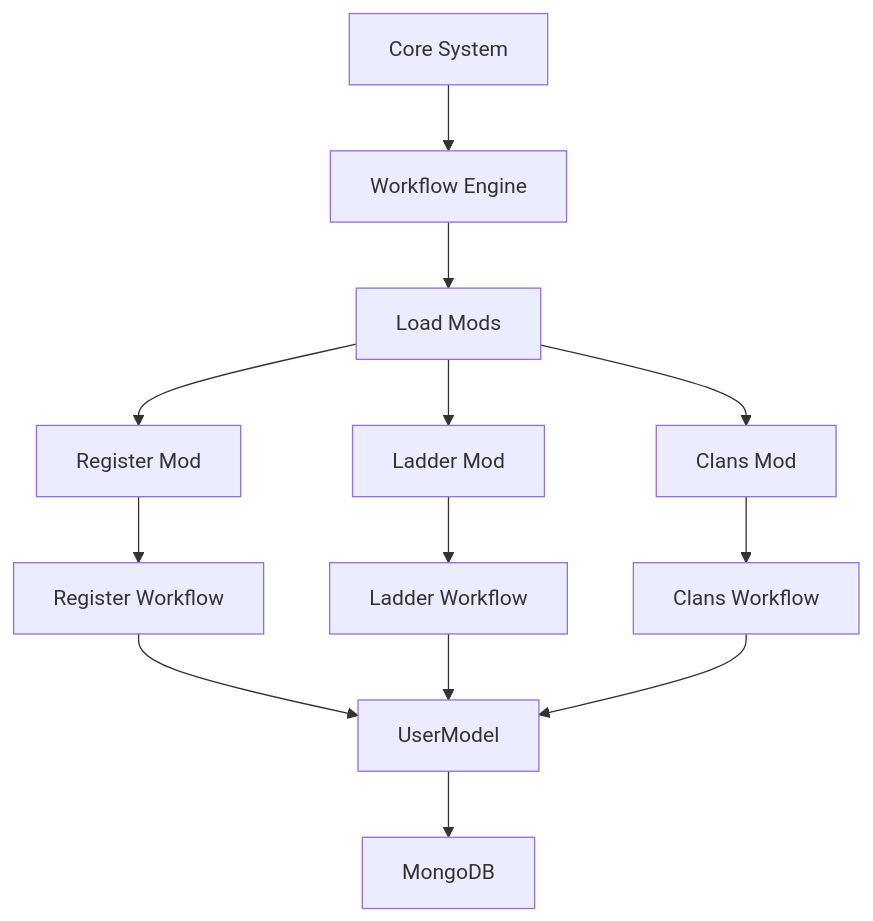
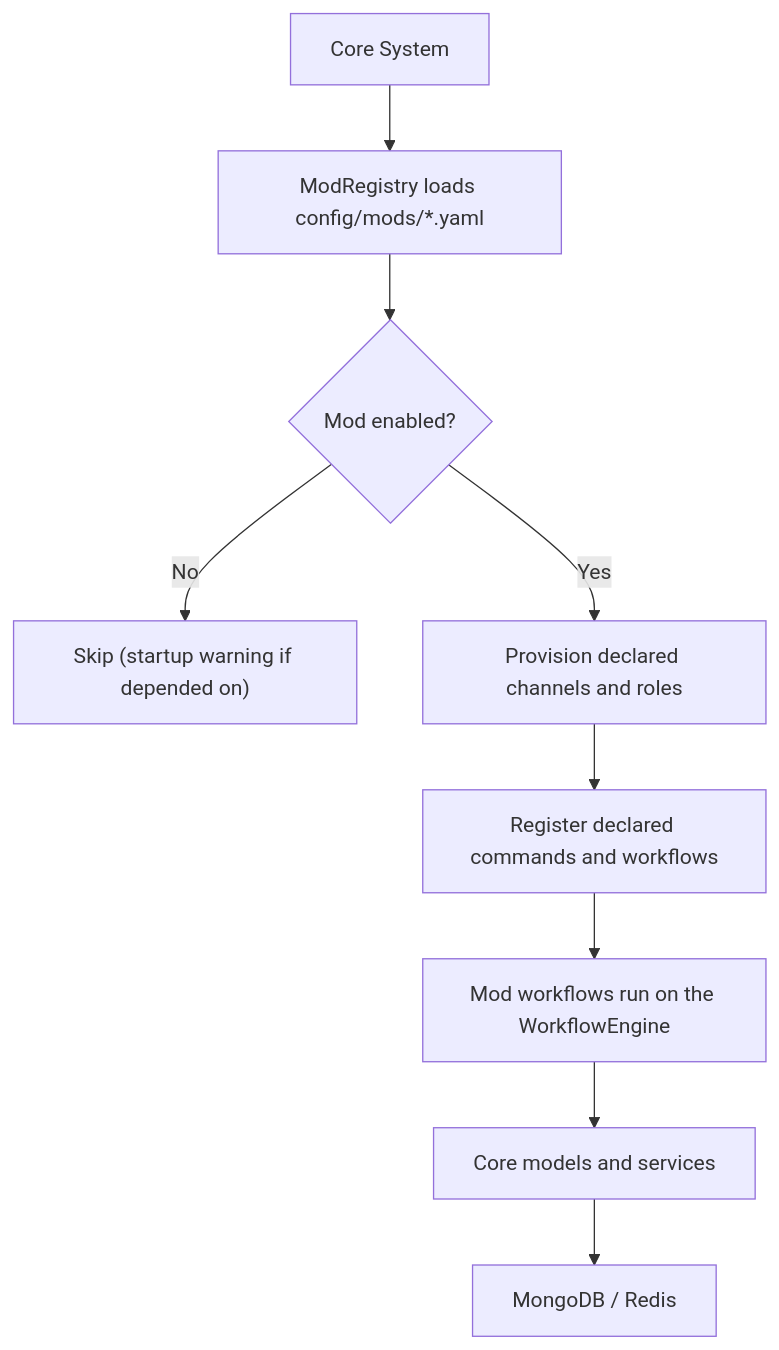
One commit to merlin-pinpin-org/kingdoms changed the diagram in docs/MODS/README.md. Above: the diagram before and after it, drawn with Mermaid. The commit also changed other lines of this file and 12 other files, not shown here.

First line of the commit message:
docs: GHCR images, mandatory backups and rollback in infra architecture (#41)

````diff
--- a/docs/MODS/README.md
+++ b/docs/MODS/README.md
@@ -57,17 +57,11 @@
 ```mermaid
 flowchart TD
-    A["Core System"] --> B["Workflow Engine"]
-    B --> C["Load Mods"]
-    C --> D["Register Mod"]
-    C --> E["Ladder Mod"]
-    C --> F["Clans Mod"]
-
-    D --> G["Register Workflow"]
-    E --> H["Ladder Workflow"]
-    F --> I["Clans Workflow"]
-
-    G --> J["UserModel"]
-    H --> J
-    I --> J
-    J --> K["MongoDB"]
+    A["Core System"] --> B["ModRegistry loads config/mods/*.yaml"]
+    B --> C{"Mod enabled?"}
+    C -->|No| X["Skip (startup warning if depended on)"]
+    C -->|Yes| D["Provision declared channels and roles"]
+    D --> E["Register declared commands and workflows"]
+    E --> F["Mod workflows run on the WorkflowEngine"]
+    F --> G["Core models and services"]
+    G --> H["MongoDB / Redis"]
 ```
````
